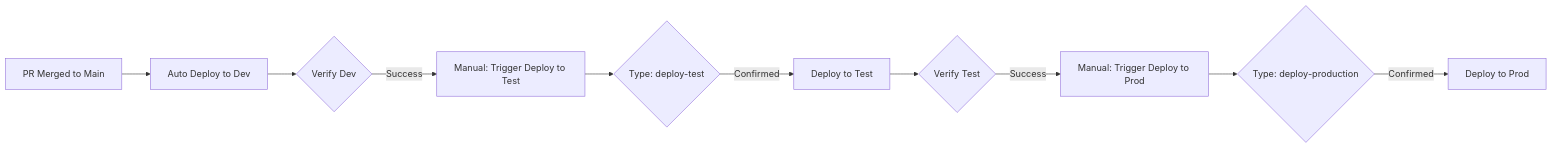
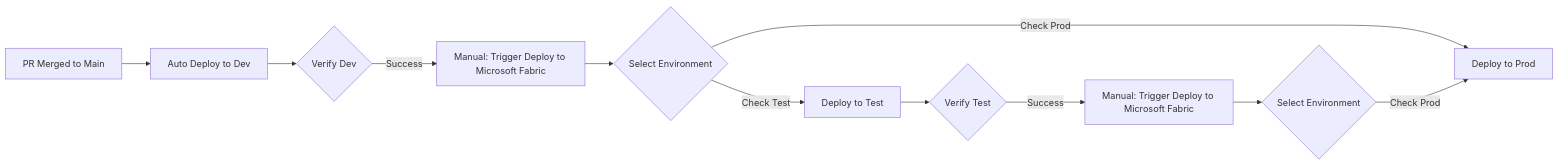
The diagram in README.md (dc-floriangaerner/fabric-cicd), drawn with Mermaid before and after one commit. The commit also changed other lines of this file and 4 other files, not shown here.

````diff
--- a/README.md
+++ b/README.md
@@ -123,12 +122,13 @@
 ```mermaid
 graph LR
     A[PR Merged to Main] --> B[Auto Deploy to Dev]
     B --> C{Verify Dev}
-    C -->|Success| D[Manual: Trigger Deploy to Test]
-    D --> E{Type: deploy-test}
-    E -->|Confirmed| F[Deploy to Test]
-    F --> G{Verify Test}
-    G -->|Success| H[Manual: Trigger Deploy to Prod]
-    H --> I{Type: deploy-production}
-    I -->|Confirmed| J[Deploy to Prod]
+    C -->|Success| D[Manual: Trigger Deploy to Microsoft Fabric]
+    D --> E{Select Environment}
+    E -->|Check Test| F[Deploy to Test]
+    E -->|Check Prod| G[Deploy to Prod]
+    F --> H{Verify Test}
+    H -->|Success| I[Manual: Trigger Deploy to Microsoft Fabric]
+    I --> J{Select Environment}
+    J -->|Check Prod| G
 ```
````
